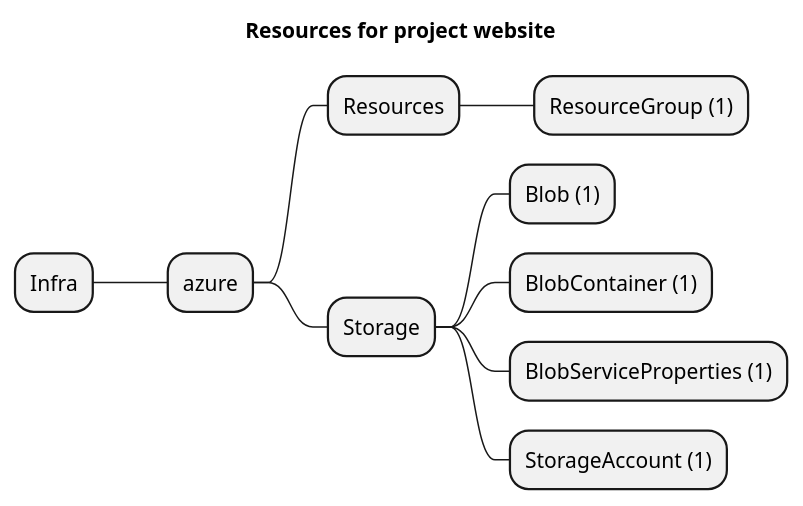
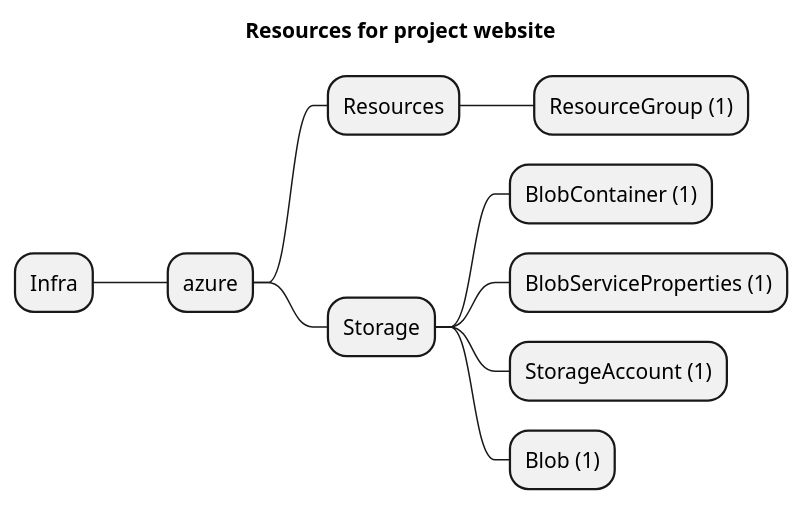
The diagram in examples/azure/Storage/website/artifacts/resources-mindmap.puml (grucloud/grucloud), drawn with PlantUML before and after one commit. The commit also changed other lines of this file and 145 other files, not shown here.

```diff
--- a/examples/azure/Storage/website/artifacts/resources-mindmap.puml
+++ b/examples/azure/Storage/website/artifacts/resources-mindmap.puml
@@ -1,13 +1,13 @@
 @startmindmap
 title Resources for project website
 skinparam monochrome true
 + Infra
 ++ azure
 +++ Resources
 ++++ ResourceGroup (1)
 +++ Storage
-++++ Blob (1)
 ++++ BlobContainer (1)
 ++++ BlobServiceProperties (1)
 ++++ StorageAccount (1)
+++++ Blob (1)
 @endmindmap
```
